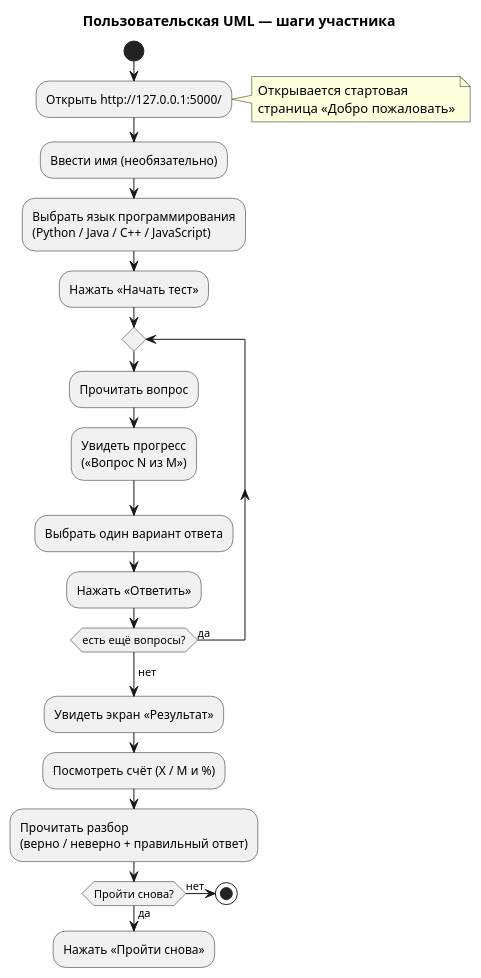
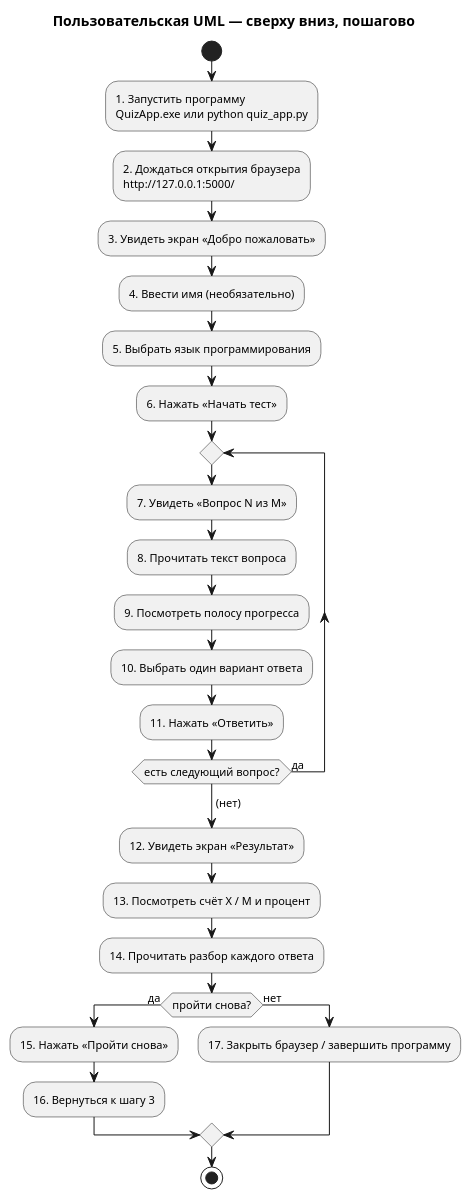
One commit to timoo1t/pet-project2 changed the diagram in docs/uml-user.puml. Above: the diagram before and after it, drawn with PlantUML. The commit also changed other lines of this file and 6 other files, not shown here.

Commit message:
Добавить UML-диаграммы в PNG и обновить схемы сверху вниз.

```diff
--- a/docs/uml-user.puml
+++ b/docs/uml-user.puml
@@ -1,35 +1,38 @@
-@startuml user-activity
-title Пользовательская UML — шаги участника
+@startuml user
+title Пользовательская UML — сверху вниз, пошагово
 
-|Участник|
+skinparam shadowing false
+skinparam activityFontSize 11
+
 start
-:Открыть http://127.0.0.1:5000/;
-note right
-  Открывается стартовая
-  страница «Добро пожаловать»
-end note
 
-:Ввести имя (необязательно);
-:Выбрать язык программирования\n(Python / Java / C++ / JavaScript);
-:Нажать «Начать тест»;
+:1. Запустить программу\nQuizApp.exe или python quiz_app.py;
+:2. Дождаться открытия браузера\nhttp://127.0.0.1:5000/;
+:3. Увидеть экран «Добро пожаловать»;
+:4. Ввести имя (необязательно);
+:5. Выбрать язык программирования;
+:6. Нажать «Начать тест»;
 
 repeat
-  :Прочитать вопрос;
-  :Увидеть прогресс\n(«Вопрос N из M»);
-  :Выбрать один вариант ответа;
-  :Нажать «Ответить»;
-repeat while (есть ещё вопросы?) is (да)
-->нет;
+  :7. Увидеть «Вопрос N из M»;
+  :8. Прочитать текст вопроса;
+  :9. Посмотреть полосу прогресса;
+  :10. Выбрать один вариант ответа;
+  :11. Нажать «Ответить»;
+repeat while (есть следующий вопрос?) is (да)
+->(нет);
 
-:Увидеть экран «Результат»;
-:Посмотреть счёт (X / M и %);
-:Прочитать разбор\n(верно / неверно + правильный ответ);
+:12. Увидеть экран «Результат»;
+:13. Посмотреть счёт X / M и процент;
+:14. Прочитать разбор каждого ответа;
 
-if (Пройти снова?) then (да)
-  :Нажать «Пройти снова»;
-  detach
+if (пройти снова?) then (да)
+  :15. Нажать «Пройти снова»;
+  :16. Вернуться к шагу 3;
 else (нет)
-  stop
+  :17. Закрыть браузер / завершить программу;
 endif
 
+stop
+
 @enduml
```
